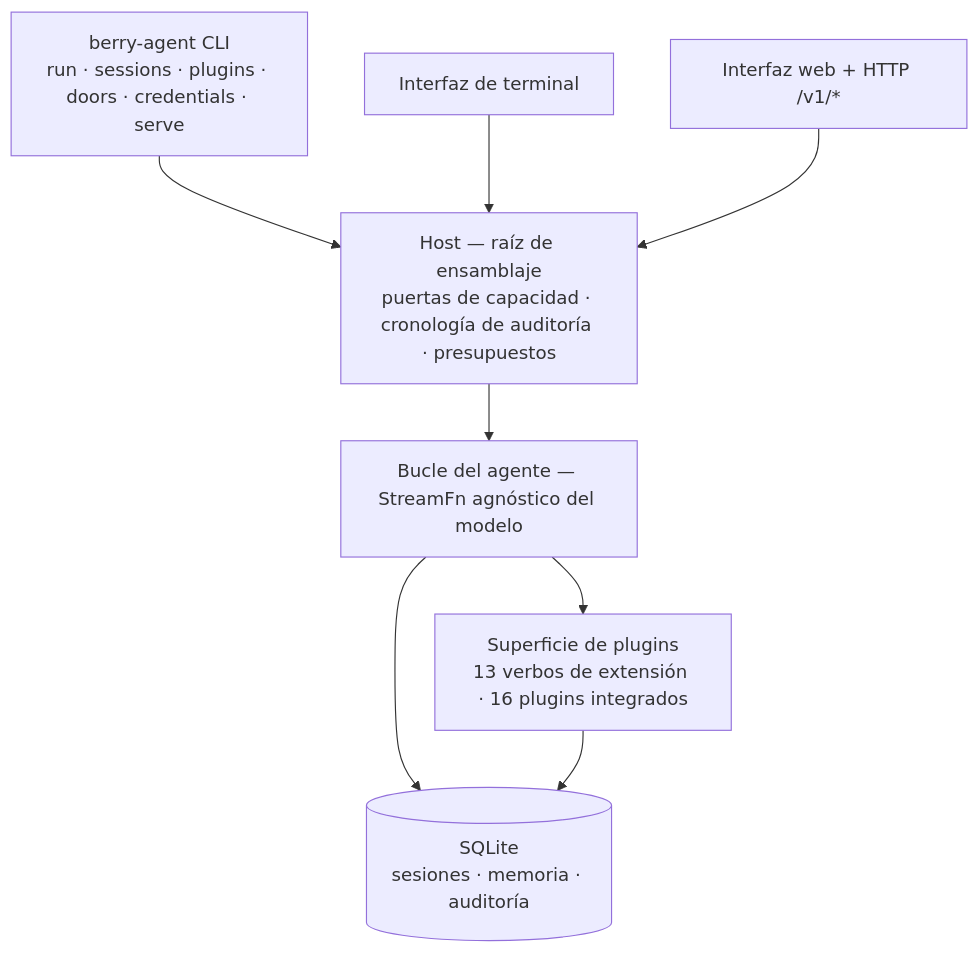
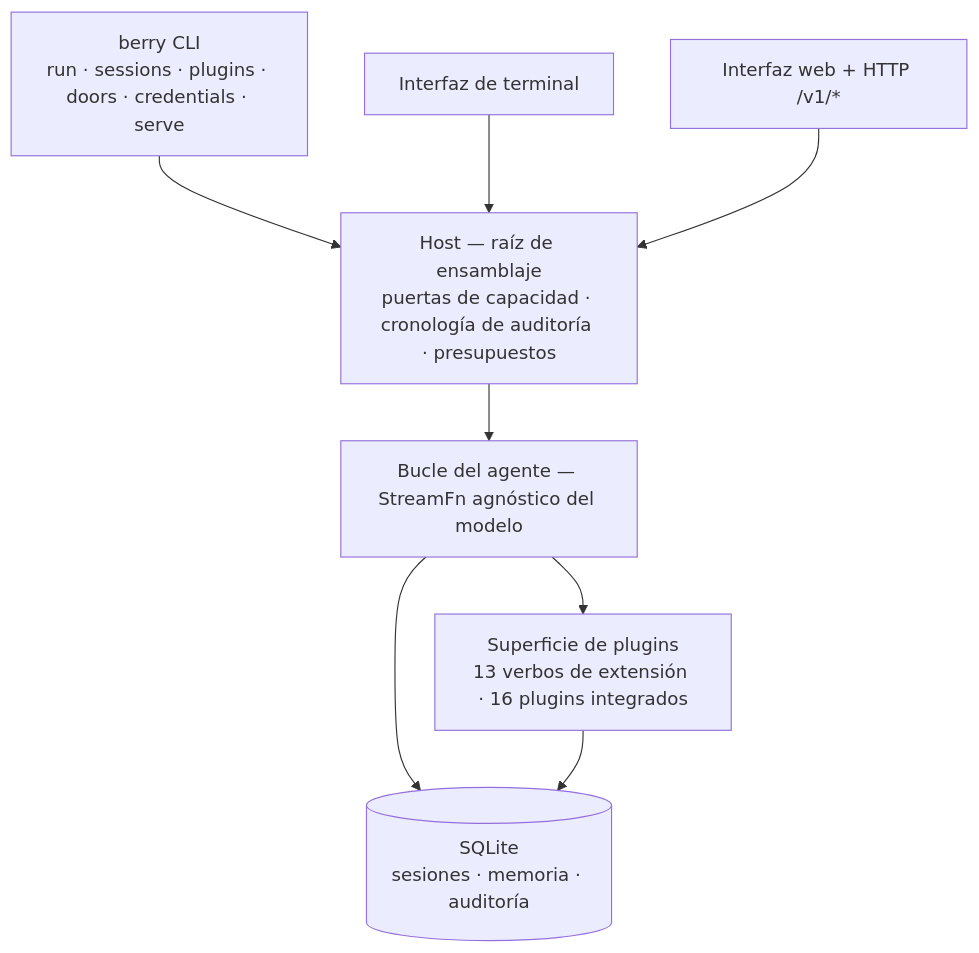
The diagram in README.es.md (miuiadmin/berry-agent), drawn with Mermaid before and after one commit. The commit also changed other lines of this file and 37 other files, not shown here.

First line of the commit message:
feat(host): bin 命令改裁 berry-agent→berry 全面落码（规范先行——07 §5 定形注 + 04 两笔已入私库 fa86660）

````diff
--- a/README.es.md
+++ b/README.es.md
@@ -127,17 +129,17 @@
 ```mermaid
 graph TD
-    CLI["berry-agent CLI<br/>run · sessions · plugins · doors · credentials · serve"]
+    CLI["berry CLI<br/>run · sessions · plugins · doors · credentials · serve"]
     TUI["Interfaz de terminal"]
     WEB["Interfaz web + HTTP /v1/*"]
     HOST["Host — raíz de ensamblaje<br/>puertas de capacidad · cronología de auditoría · presupuestos"]
     LOOP["Bucle del agente — StreamFn agnóstico del modelo"]
     PLUGINS["Superficie de plugins<br/>13 verbos de extensión · 16 plugins integrados"]
     STORE[("SQLite<br/>sesiones · memoria · auditoría")]
     CLI --> HOST
     TUI --> HOST
     WEB --> HOST
     HOST --> LOOP
     LOOP --> PLUGINS
     LOOP --> STORE
     PLUGINS --> STORE
 ```
````
